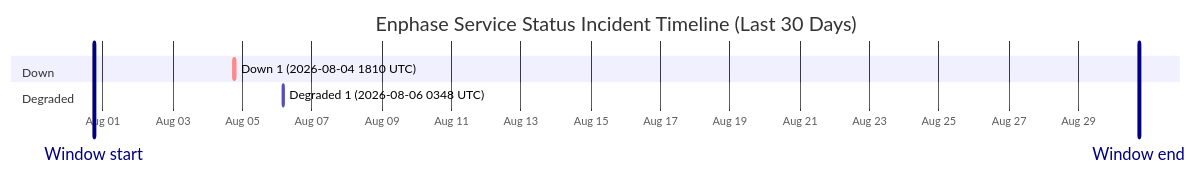
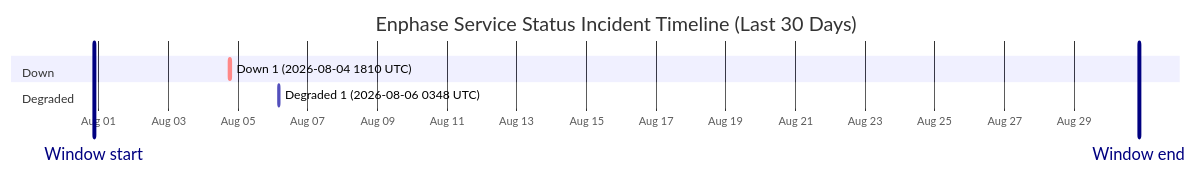
The diagram in wiki/Service-Status-History.md (barneyonline/ha-enphase-energy), drawn with Mermaid before and after one commit. The commit also changed other lines of this file and 3 other files, not shown here.

````diff
--- a/wiki/Service-Status-History.md
+++ b/wiki/Service-Status-History.md
@@ -14,12 +14,12 @@
 ```mermaid
 gantt
     title Enphase Service Status Incident Timeline (Last 30 Days)
     dateFormat  YYYY-MM-DDTHH:mm:ss
     axisFormat  %b %d
-    Window start :vert, window-start, 2026-07-31T17:40:21, 0ms
-    Window end :vert, window-end, 2026-08-30T17:40:21, 0ms
+    Window start :vert, window-start, 2026-07-31T20:35:25, 0ms
+    Window end :vert, window-end, 2026-08-30T20:35:25, 0ms
     section Down
     Down 1 (2026-08-04 1810 UTC) :crit, down-1, 2026-08-04T18:10:46, 60m
     section Degraded
     Degraded 1 (2026-08-06 0348 UTC) :active, degraded-1, 2026-08-06T03:48:14, 60m
 ```
````
